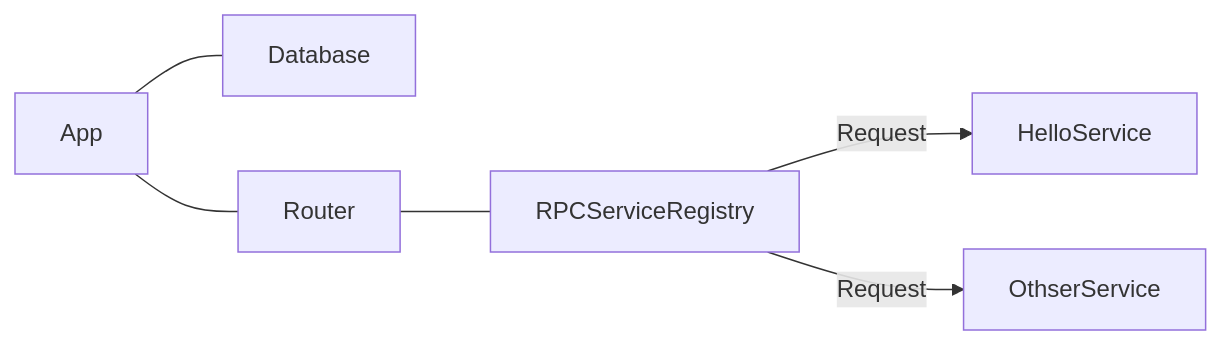
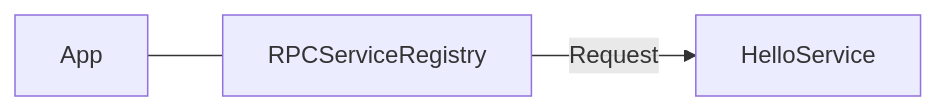
Before and after one commit to hfour/h4bff: the diagram in docs/1-Guides/Introduction.md, drawn with Mermaid. The commit also changed other lines of this file and 4 other files, not shown here.

````diff
--- a/docs/1-Guides/Introduction.md
+++ b/docs/1-Guides/Introduction.md
@@ -33,8 +36,5 @@
 ```mermaid
 graph LR
-    App --- Database
-    App --- Router
-    Router --- RPCServiceRegistry
+    App --- RPCServiceRegistry
     RPCServiceRegistry --Request--> HelloService
-    RPCServiceRegistry --Request--> OthserService
 ```
````
